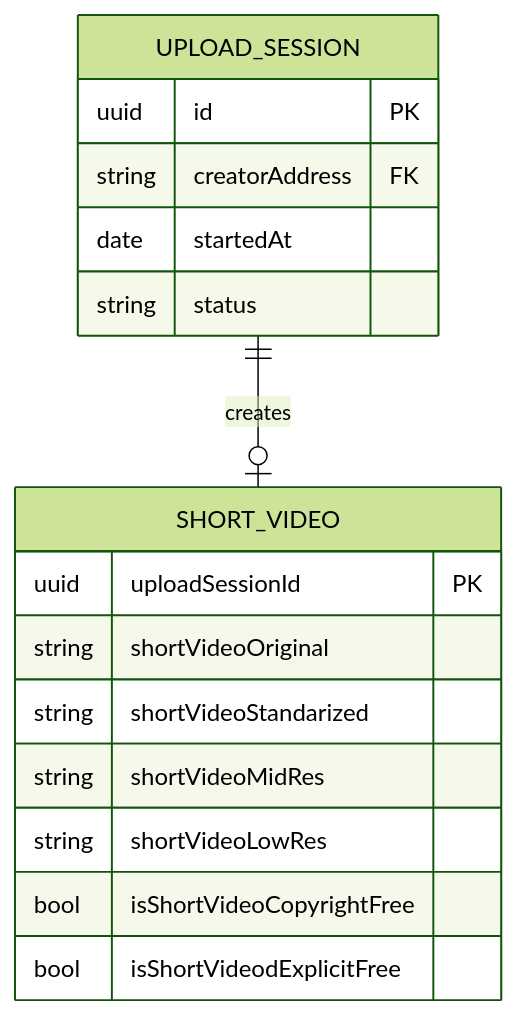
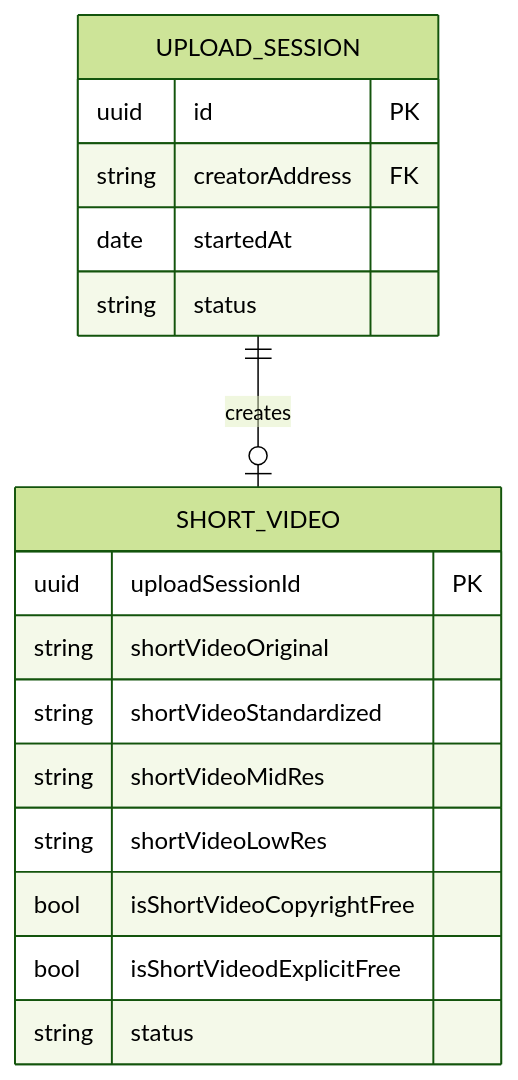
One commit to AstroSamus/utonoma-backend changed the second of 2 diagrams in Readme.md. Above: the diagram before and after it, drawn with Mermaid (forest theme).

Commit message:
Updating the ER diagram of the readme to reflect the newer changes on the Short Video entity

````diff
--- a/Readme.md
+++ b/Readme.md
@@ -79,19 +79,20 @@
 ```mermaid
 erDiagram
     UPLOAD_SESSION ||--o| SHORT_VIDEO : creates
     UPLOAD_SESSION {
         uuid id PK
         string creatorAddress FK
         date startedAt
         string status
     }
     SHORT_VIDEO {
         uuid uploadSessionId PK
         string shortVideoOriginal
-        string shortVideoStandarized
+        string shortVideoStandardized
         string shortVideoMidRes
         string shortVideoLowRes
         bool isShortVideoCopyrightFree
         bool isShortVideodExplicitFree
+        string status
     }
 ```
````
